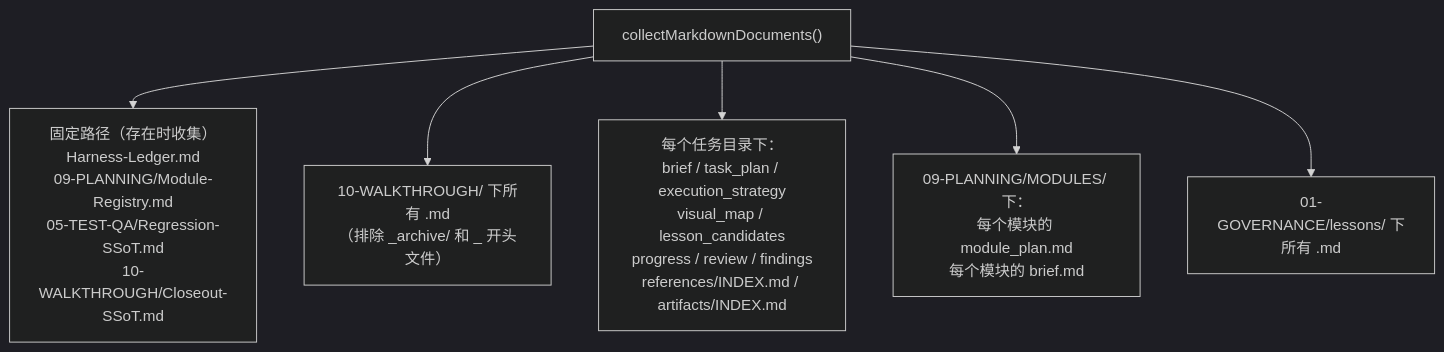
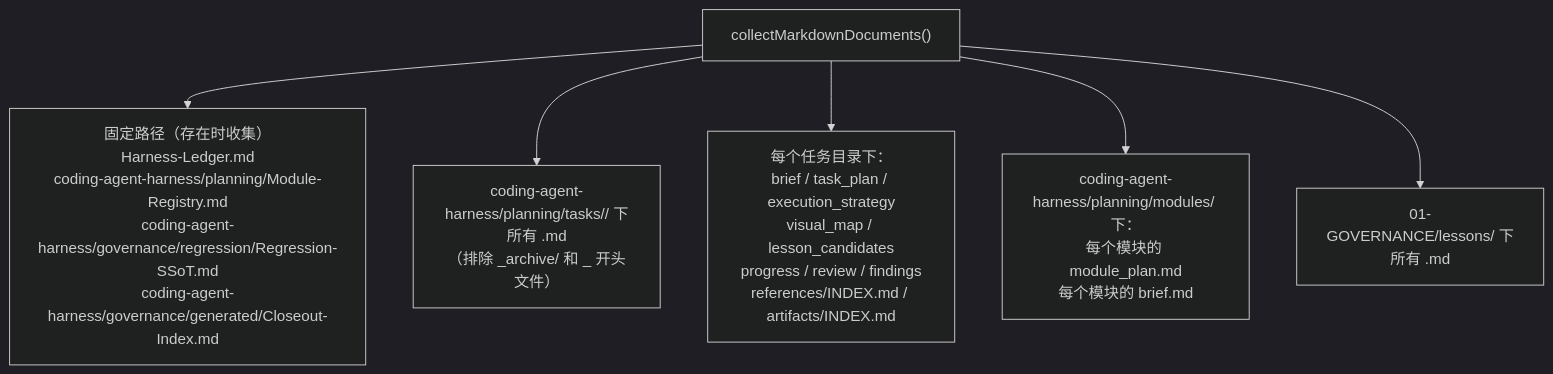
Before and after one commit to FairladyZ625/coding-agent-harness: the sixth of 7 diagrams in docs-release/architecture/system-explainer/05-data-flow.md, drawn with Mermaid (dark theme). The commit also changed other lines of this file and 120 other files, not shown here.

````diff
--- a/docs-release/architecture/system-explainer/05-data-flow.md
+++ b/docs-release/architecture/system-explainer/05-data-flow.md
@@ -151,14 +151,14 @@
 ```mermaid
 flowchart TD
   Collect["collectMarkdownDocuments()"]
 
-  Collect --> Fixed["固定路径（存在时收集）\nHarness-Ledger.md\n09-PLANNING/Module-Registry.md\n05-TEST-QA/Regression-SSoT.md\n10-WALKTHROUGH/Closeout-SSoT.md"]
+  Collect --> Fixed["固定路径（存在时收集）\nHarness-Ledger.md\ncoding-agent-harness/planning/Module-Registry.md\ncoding-agent-harness/governance/regression/Regression-SSoT.md\ncoding-agent-harness/governance/generated/Closeout-Index.md"]
 
-  Collect --> Walkthrough["10-WALKTHROUGH/ 下所有 .md\n（排除 _archive/ 和 _ 开头文件）"]
+  Collect --> Walkthrough["coding-agent-harness/planning/tasks/<task>/ 下所有 .md\n（排除 _archive/ 和 _ 开头文件）"]
 
   Collect --> TaskDocs["每个任务目录下：\nbrief / task_plan / execution_strategy\nvisual_map / lesson_candidates\nprogress / review / findings\nreferences/INDEX.md / artifacts/INDEX.md"]
 
-  Collect --> ModuleDocs["09-PLANNING/MODULES/ 下：\n每个模块的 module_plan.md\n每个模块的 brief.md"]
+  Collect --> ModuleDocs["coding-agent-harness/planning/modules/ 下：\n每个模块的 module_plan.md\n每个模块的 brief.md"]
 
   Collect --> Lessons["01-GOVERNANCE/lessons/ 下所有 .md"]
 ```
````
